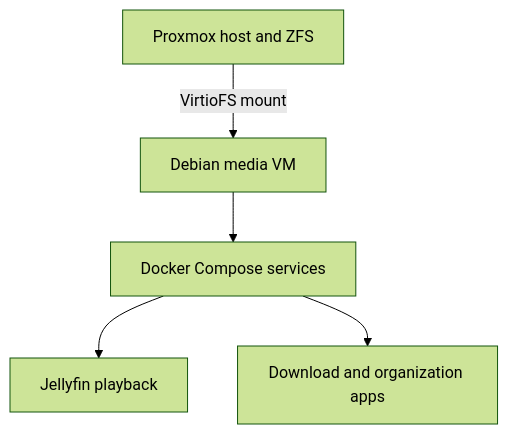
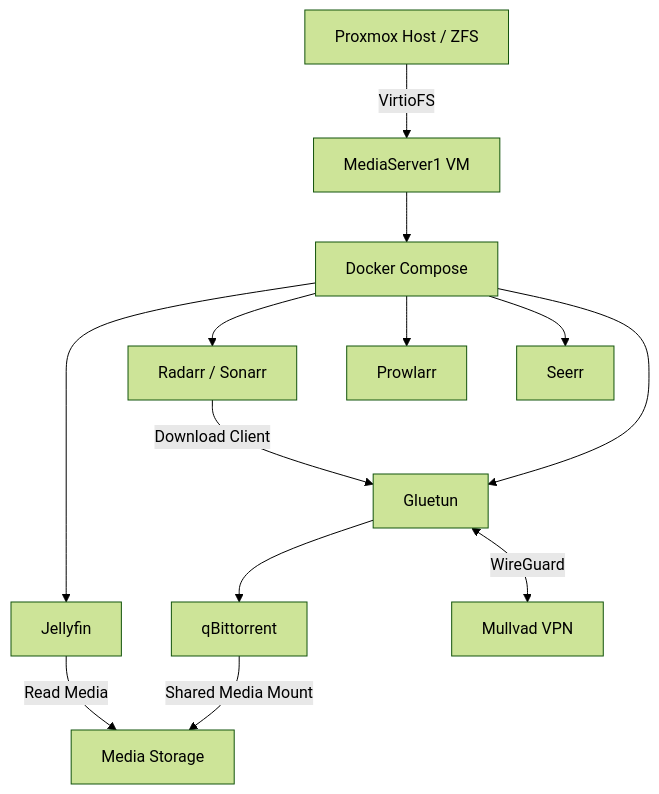
The first of 2 diagrams in 14 - MediaServer1.md (Ian98561/Homelab-InfrastructureDocs-IH), drawn with Mermaid (forest theme) before and after one commit. The commit also changed other lines of this file and 2 other files, not shown here.

Commit message:
docs: update MediaServer1 VPN and October 28-29 daily logs

````diff
--- a/14 - MediaServer1.md
+++ b/14 - MediaServer1.md
@@ -54,7 +74,18 @@
 ```mermaid
 flowchart TD
-    P["Proxmox host and ZFS"] -->|"VirtioFS mount"| M["Debian media VM"]
-    M --> D["Docker Compose services"]
-    D --> J["Jellyfin playback"]
-    D --> A["Download and organization apps"]
+    P["Proxmox Host / ZFS"] -->|"VirtioFS"| M["MediaServer1 VM"]
+    M --> D["Docker Compose"]
+
+    D --> J["Jellyfin"]
+    D --> R["Radarr / Sonarr"]
+    D --> PR["Prowlarr"]
+    D --> S["Seerr"]
+    D --> G["Gluetun"]
+
+    G --> Q["qBittorrent"]
+    G <-->|"WireGuard"| VPN["Mullvad VPN"]
+
+    R -->|"Download Client"| G
+    Q -->|"Shared Media Mount"| Z["Media Storage"]
+    J -->|"Read Media"| Z
 ```
````
